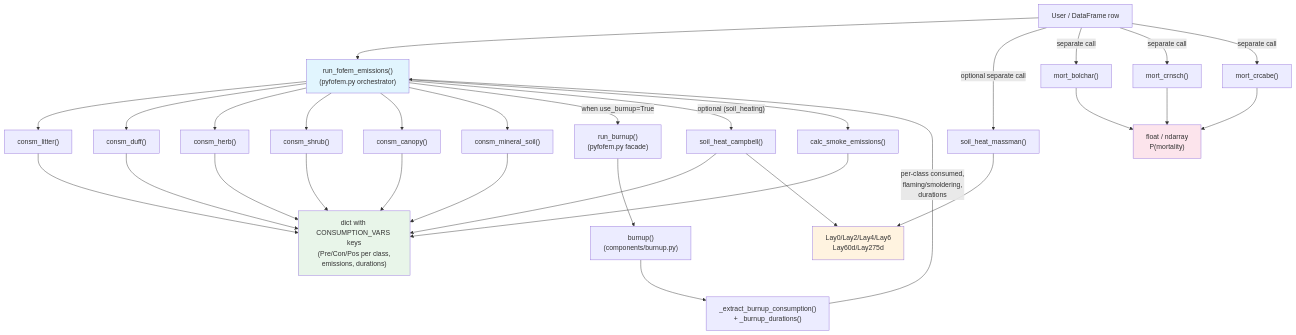
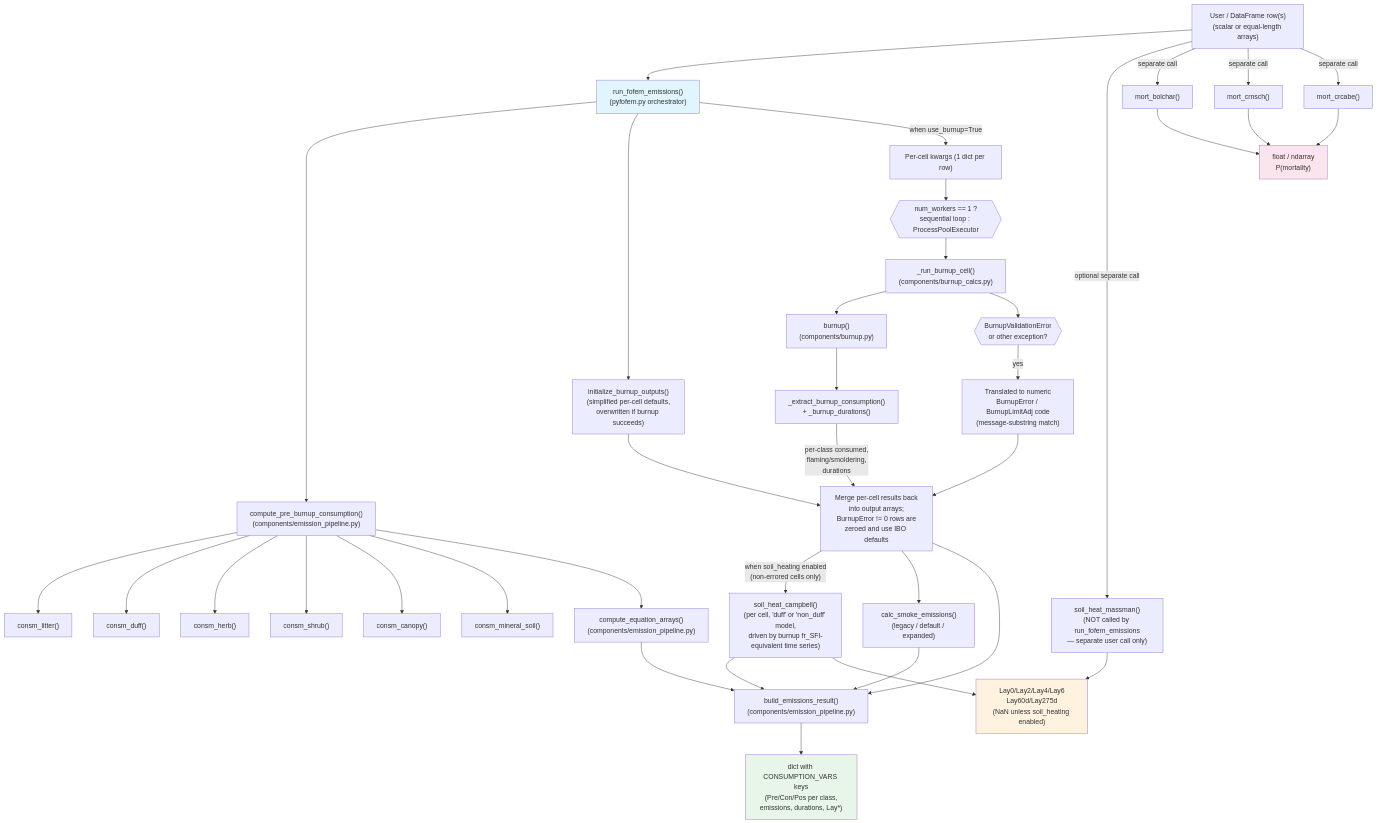
The second of 2 diagrams in docs/CODEBASE.md (gagreene/pyfofem), drawn with Mermaid before and after one commit. The commit also changed other lines of this file and 22 other files, not shown here.

````diff
--- a/docs/CODEBASE.md
+++ b/docs/CODEBASE.md
@@ -177,53 +200,73 @@
 ```mermaid
 flowchart TD
-    USER["User / DataFrame row"]
+    USER["User / DataFrame row(s)\n(scalar or equal-length arrays)"]
 
-    RFE["run_fofem_emissions()\n(pyfofem.py  orchestrator)"]
+    RFE["run_fofem_emissions()\n(pyfofem.py orchestrator)"]
 
+    PBC["compute_pre_burnup_consumption()\n(components/emission_pipeline.py)"]
     CL["consm_litter()"]
     CD["consm_duff()"]
     CH["consm_herb()"]
     CS["consm_shrub()"]
     CC["consm_canopy()"]
     CM["consm_mineral_soil()"]
 
-    RB["run_burnup()\n(pyfofem.py  facade)"]
+    IBO["initialize_burnup_outputs()\n(simplified per-cell defaults,\noverwritten if burnup succeeds)"]
+
+    CELLS["Per-cell kwargs (1 dict per row)"]
+    POOL{{"num_workers == 1 ?\nsequential loop : ProcessPoolExecutor"}}
+    RBC["_run_burnup_cell()\n(components/burnup_calcs.py)"]
     BE["burnup()\n(components/burnup.py)"]
     EX["_extract_burnup_consumption()\n+ _burnup_durations()"]
+    ERRC{{"BurnupValidationError\nor other exception?"}}
+    ECODE["Translated to numeric\nBurnupError / BurnupLimitAdj code\n(message-substring match)"]
+    MERGE["Merge per-cell results back\ninto output arrays;\nBurnupError != 0 rows are\nzeroed and use IBO defaults"]
 
-    CSE["calc_smoke_emissions()"]
+    SHC["soil_heat_campbell()\n(per cell, 'duff' or 'non_duff' model,\ndriven by burnup fr_SFI-equivalent time series)"]
+    SHM["soil_heat_massman()\n(NOT called by run_fofem_emissions\n— separate user call only)"]
+    SOUT["Lay0/Lay2/Lay4/Lay6\nLay60d/Lay275d\n(NaN unless soil_heating enabled)"]
 
-    OUT["dict with CONSUMPTION_VARS keys\n(Pre/Con/Pos per class,\nemissions, durations)"]
+    EQA["compute_equation_arrays()\n(components/emission_pipeline.py)"]
+    CSE["calc_smoke_emissions()\n(legacy / default / expanded)"]
+    BER["build_emissions_result()\n(components/emission_pipeline.py)"]
 
-    SHC["soil_heat_campbell()"]
-    SHM["soil_heat_massman()"]
-    SOUT["Lay0/Lay2/Lay4/Lay6\nLay60d/Lay275d"]
+    OUT["dict with CONSUMPTION_VARS keys\n(Pre/Con/Pos per class,\nemissions, durations, Lay*)"]
 
     MB["mort_bolchar()"]
     MC["mort_crnsch()"]
     MK["mort_crcabe()"]
     MOUT["float / ndarray\nP(mortality)"]
 
     USER --> RFE
-    RFE --> CL & CD & CH & CS & CC & CM
-    RFE -->|"when use_burnup=True"| RB
-    RB --> BE
-    BE --> EX
-    EX -->|"per-class consumed,\nflaming/smoldering,\ndurations"| RFE
-    RFE -->|"optional (soil_heating)"| SHC
-    RFE --> CSE
-    CSE --> OUT
-    SHC --> OUT
-    CL & CD & CH & CS & CC & CM --> OUT
+    RFE --> PBC
+    PBC --> CL & CD & CH & CS & CC & CM
+    RFE --> IBO
+    RFE -->|"when use_burnup=True"| CELLS
+    CELLS --> POOL
+    POOL --> RBC
+    RBC --> BE --> EX
+    RBC --> ERRC
+    ERRC -->|"yes"| ECODE
+    EX -->|"per-class consumed,\nflaming/smoldering,\ndurations"| MERGE
+    ECODE --> MERGE
+    IBO --> MERGE
+    MERGE -->|"when soil_heating enabled\n(non-errored cells only)"| SHC
+    PBC --> EQA
+    MERGE --> CSE
+    SHC --> BER
+    EQA --> BER
+    CSE --> BER
+    MERGE --> BER
+    BER --> OUT
 
     USER -->|"optional separate call"| SHM
     SHC & SHM --> SOUT
 
     USER -->|"separate call"| MB & MC & MK
     MB & MC & MK --> MOUT
 
     style RFE fill:#e1f5fe
     style OUT fill:#e8f5e9
     style SOUT fill:#fff3e0
     style MOUT fill:#fce4ec
 ```
````
